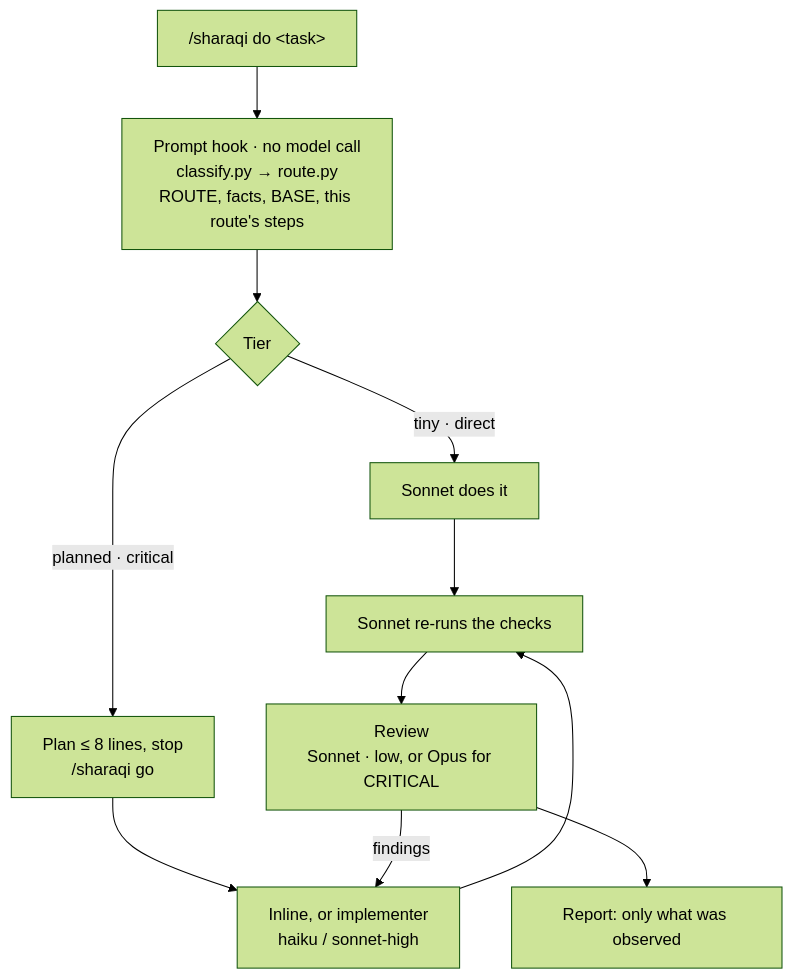
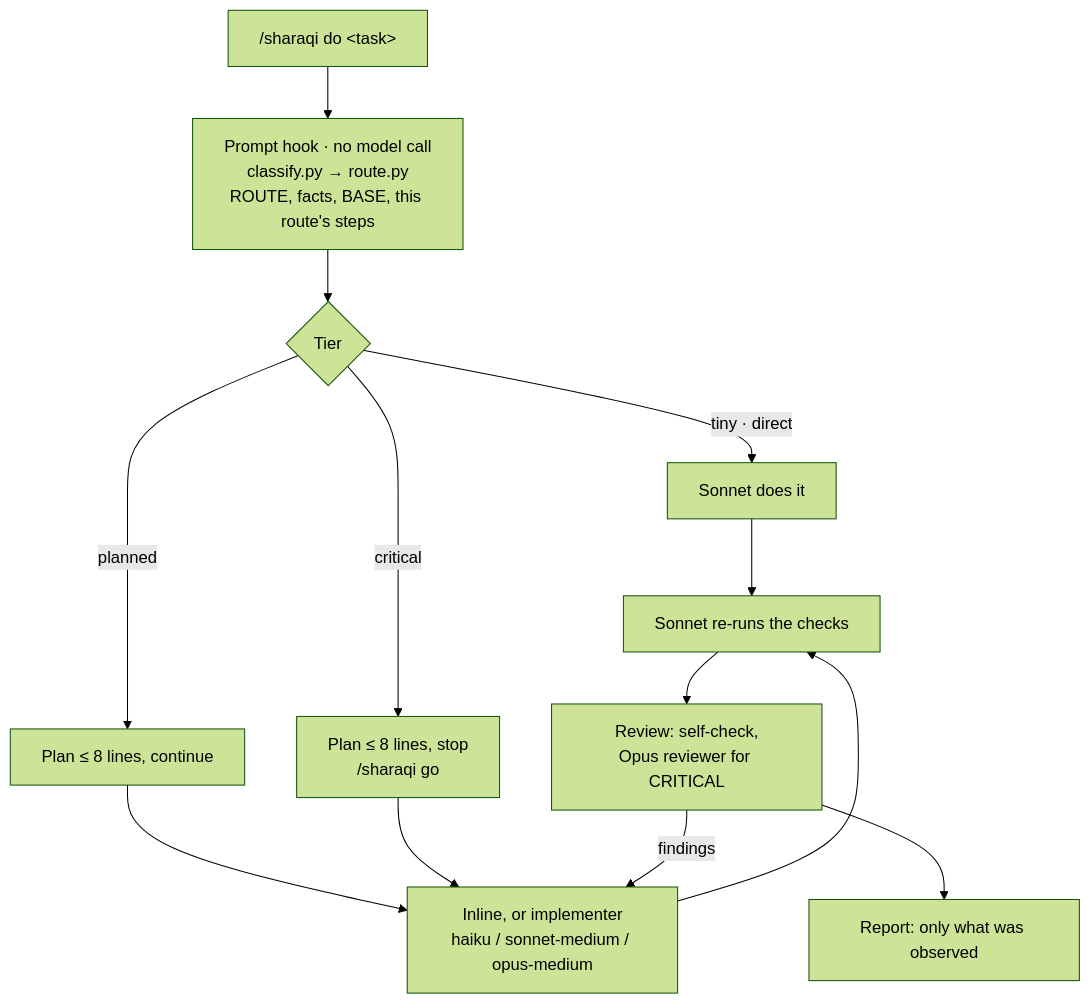
Before and after one commit to EngSharaqi/sharaqi-workflow: the diagram in README.md, drawn with Mermaid (forest theme). The commit also changed other lines of this file and 145 other files, not shown here.

````diff
--- a/README.md
+++ b/README.md
@@ -106,13 +112,15 @@
 ```mermaid
 flowchart TD
     A["/sharaqi do &lt;task&gt;"] --> B["Prompt hook · no model call<br/>classify.py → route.py<br/>ROUTE, facts, BASE, this route's steps"]
     B --> C{"Tier"}
     C -->|tiny · direct| D["Sonnet does it"]
-    C -->|planned · critical| P["Plan ≤ 8 lines, stop<br/>/sharaqi go"]
-    P --> E["Inline, or implementer<br/>haiku / sonnet-high"]
+    C -->|planned| Q["Plan ≤ 8 lines, continue"]
+    C -->|critical| P["Plan ≤ 8 lines, stop<br/>/sharaqi go"]
+    Q --> E["Inline, or implementer<br/>haiku / sonnet-medium / opus-medium"]
+    P --> E
     D --> F["Sonnet re-runs the checks"]
     E --> F
-    F --> G["Review<br/>Sonnet · low, or Opus for CRITICAL"]
+    F --> G["Review: self-check,<br/>Opus reviewer for CRITICAL"]
     G -->|findings| E
     G --> H["Report: only what was observed"]
 ```
````
